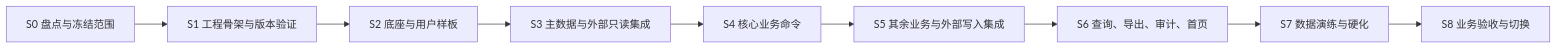
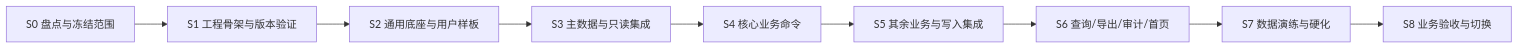
One commit to Createsnow/sn-center changed the first of 4 diagrams in docs/development/Python项目迁移到Java技术栈指南.md. Above: the diagram before and after it, drawn with Mermaid. The commit also changed other lines of this file, not shown here.

````diff
--- a/docs/development/Python项目迁移到Java技术栈指南.md
+++ b/docs/development/Python项目迁移到Java技术栈指南.md
@@ -44,11 +54,11 @@
 ```mermaid
 flowchart LR
     S0[S0 盘点与冻结范围] --> S1[S1 工程骨架与版本验证]
-    S1 --> S2[S2 底座与用户样板]
-    S2 --> S3[S3 主数据与外部只读集成]
+    S1 --> S2[S2 通用底座与用户样板]
+    S2 --> S3[S3 主数据与只读集成]
     S3 --> S4[S4 核心业务命令]
-    S4 --> S5[S5 其余业务与外部写入集成]
-    S5 --> S6[S6 查询、导出、审计、首页]
+    S4 --> S5[S5 其余业务与写入集成]
+    S5 --> S6[S6 查询/导出/审计/首页]
     S6 --> S7[S7 数据演练与硬化]
     S7 --> S8[S8 业务验收与切换]
 ```
````
